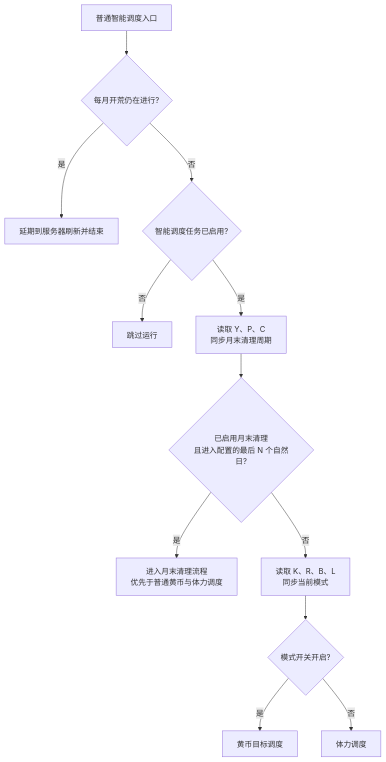
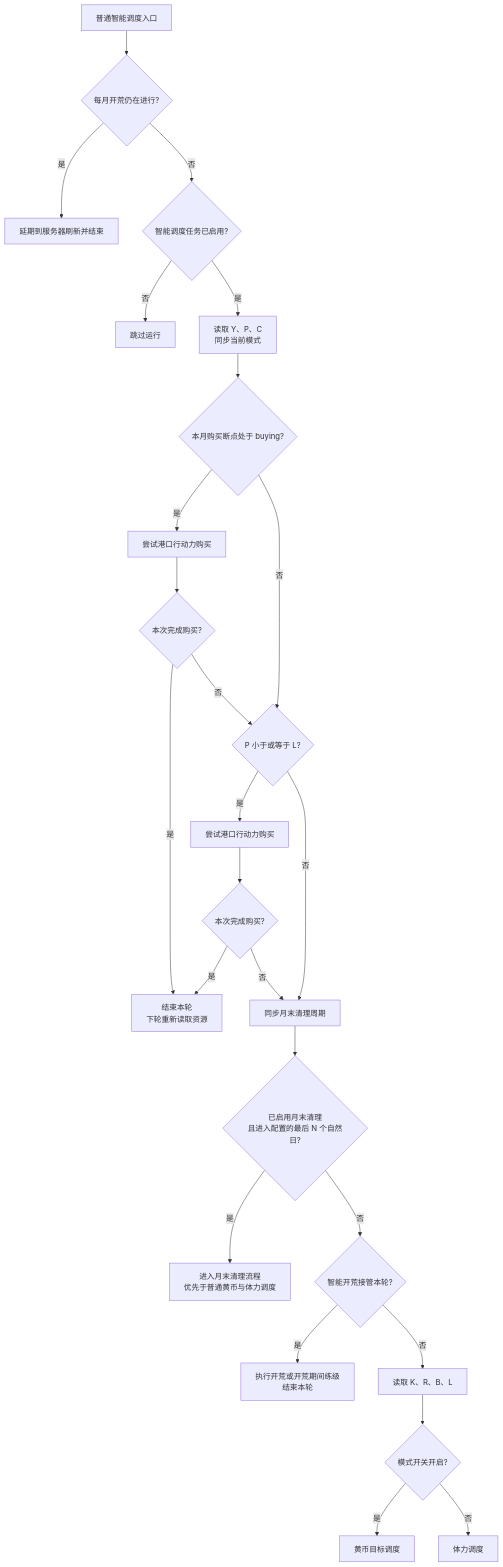
One commit to Beatrice-betty/AzurPilot changed the first of 8 diagrams in docs/modules/os/scheduling-flowchart.md. Above: the diagram before and after it, drawn with Mermaid. The commit also changed other lines of this file and 1 other file, not shown here.

Commit message:
同步远端智能开荒流程图与调度读数回归

````diff
--- a/docs/modules/os/scheduling-flowchart.md
+++ b/docs/modules/os/scheduling-flowchart.md
@@ -26,14 +26,27 @@
 ```mermaid
 flowchart TD
     A[普通智能调度入口] --> E{每月开荒仍在进行?}
     E -->|是| W[延期到服务器刷新并结束]
     E -->|否| S{智能调度任务已启用?}
     S -->|否| Q[跳过运行]
-    S -->|是| READ[读取 Y、P、C<br/>同步月末清理周期]
-    READ --> MONTH{已启用月末清理<br/>且进入配置的最后 N 个自然日?}
+    S -->|是| READ[读取 Y、P、C<br/>同步当前模式]
+    READ --> RESUME{本月购买断点处于 buying?}
+    RESUME -->|是| BUY[尝试港口行动力购买]
+    RESUME -->|否| LOW{P 小于或等于 L?}
+    BUY --> BOUGHT{本次完成购买?}
+    BOUGHT -->|是| BACK[结束本轮<br/>下轮重新读取资源]
+    BOUGHT -->|否| LOW
+    LOW -->|是| BUYLOW[尝试港口行动力购买]
+    BUYLOW --> BL{本次完成购买?}
+    BL -->|是| BACK
+    BL -->|否| RESET
+    LOW -->|否| RESET[同步月末清理周期]
+    RESET --> MONTH{已启用月末清理<br/>且进入配置的最后 N 个自然日?}
     MONTH -->|是| CLEAN[进入月末清理流程<br/>优先于普通黄币与体力调度]
-    MONTH -->|否| MODE[读取 K、R、B、L<br/>同步当前模式]
+    MONTH -->|否| EXPLORE{智能开荒接管本轮?}
+    EXPLORE -->|是| EX[执行开荒或开荒期间练级<br/>结束本轮]
+    EXPLORE -->|否| MODE[读取 K、R、B、L]
     MODE --> SWITCH{模式开关开启?}
     SWITCH -->|是| COIN[黄币目标调度]
     SWITCH -->|否| AP[体力调度]
 ```
````
